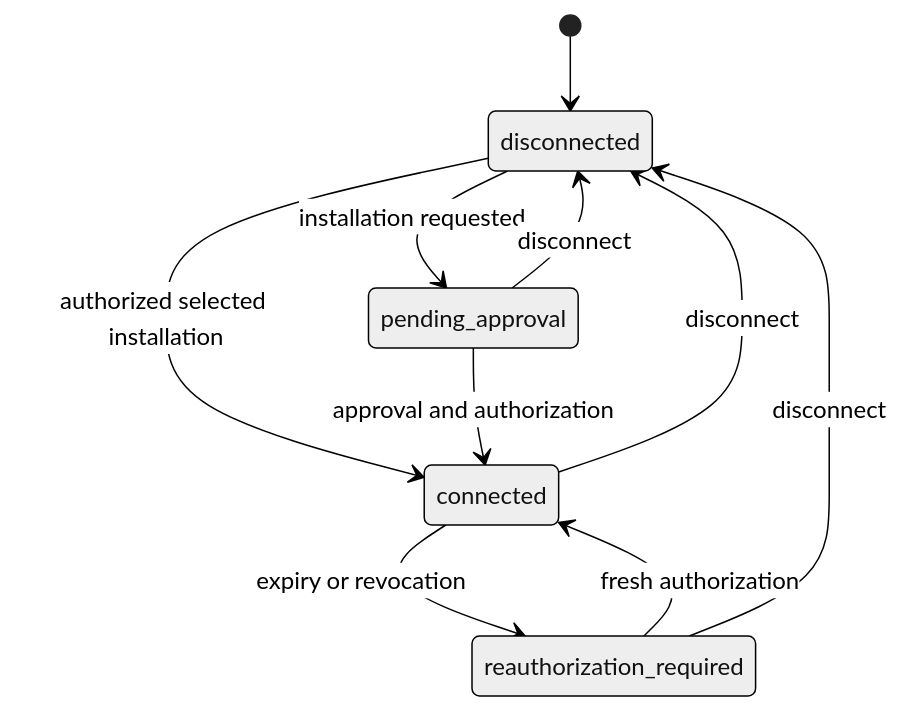
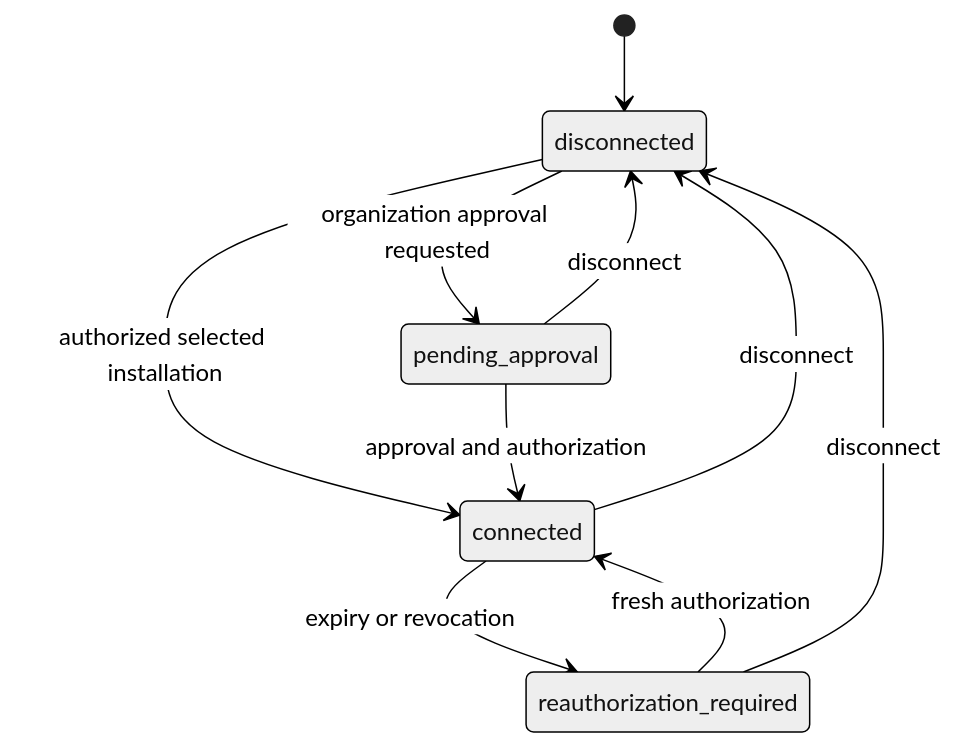
The diagram in specs/active/SPEC-073-github-connector-and-source-publication.md (ai-engineers-guild/ai-stp), drawn with Mermaid (neutral theme) before and after one commit. The commit also changed other lines of this file and 44 other files, not shown here.

````diff
--- a/specs/active/SPEC-073-github-connector-and-source-publication.md
+++ b/specs/active/SPEC-073-github-connector-and-source-publication.md
@@ -141,12 +151,12 @@
 ```mermaid
 stateDiagram-v2
     [*] --> disconnected
-    disconnected --> pending_approval: installation requested
+    disconnected --> pending_approval: organization approval requested
     disconnected --> connected: authorized selected installation
     pending_approval --> connected: approval and authorization
     connected --> reauthorization_required: expiry or revocation
     reauthorization_required --> connected: fresh authorization
     connected --> disconnected: disconnect
     pending_approval --> disconnected: disconnect
     reauthorization_required --> disconnected: disconnect
 ```
````
